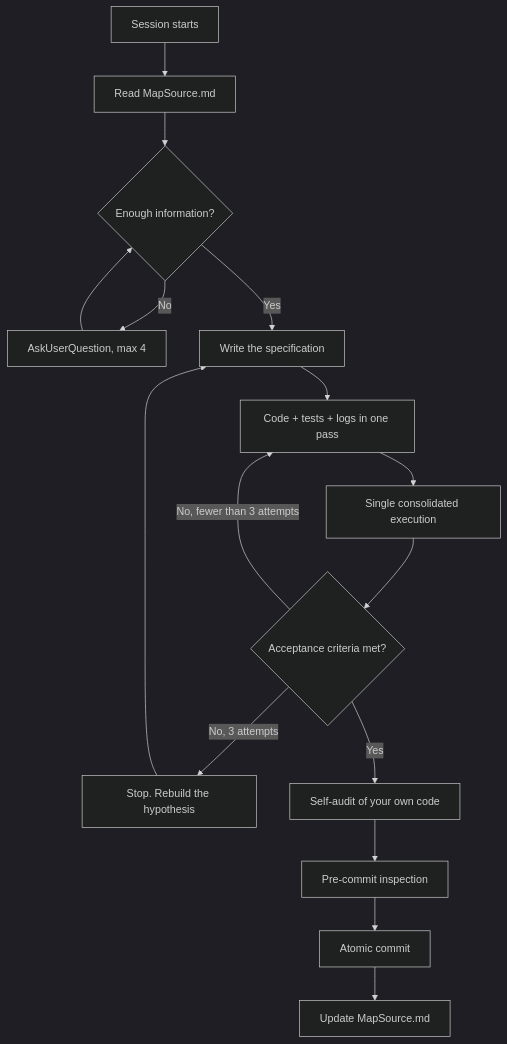
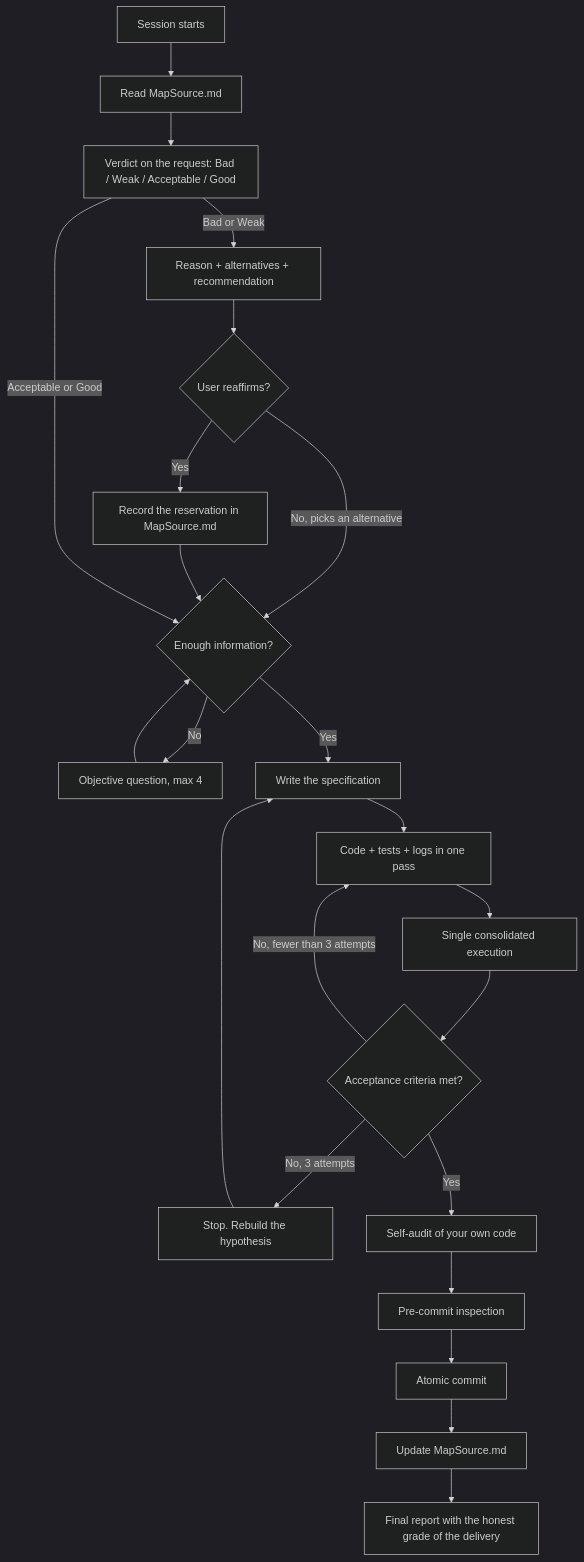
One commit to AnThophicous/Prumo changed the diagram in content/PRUMO.md. Above: the diagram before and after it, drawn with Mermaid (dark theme). The commit also changed other lines of this file and 162 other files, not shown here.

````diff
--- a/content/PRUMO.md
+++ b/content/PRUMO.md
@@ -345,18 +374,25 @@
 ```mermaid
 graph TD
     A[Session starts] --> B[Read MapSource.md]
-    B --> C{Enough information?}
-    C -->|No| D[AskUserQuestion, max 4]
+    B --> V[Verdict on the request: Bad / Weak / Acceptable / Good]
+    V -->|Bad or Weak| W[Reason + alternatives + recommendation]
+    W --> X{User reaffirms?}
+    X -->|No, picks an alternative| C
+    X -->|Yes| Y[Record the reservation in MapSource.md]
+    Y --> C
+    V -->|Acceptable or Good| C{Enough information?}
+    C -->|No| D[Objective question, max 4]
     D --> C
     C -->|Yes| E[Write the specification]
     E --> F[Code + tests + logs in one pass]
     F --> G[Single consolidated execution]
     G --> H{Acceptance criteria met?}
     H -->|No, fewer than 3 attempts| F
     H -->|No, 3 attempts| I[Stop. Rebuild the hypothesis]
     I --> E
     H -->|Yes| J[Self-audit of your own code]
     J --> K[Pre-commit inspection]
     K --> L[Atomic commit]
     L --> M[Update MapSource.md]
+    M --> N[Final report with the honest grade of the delivery]
 ```
````
